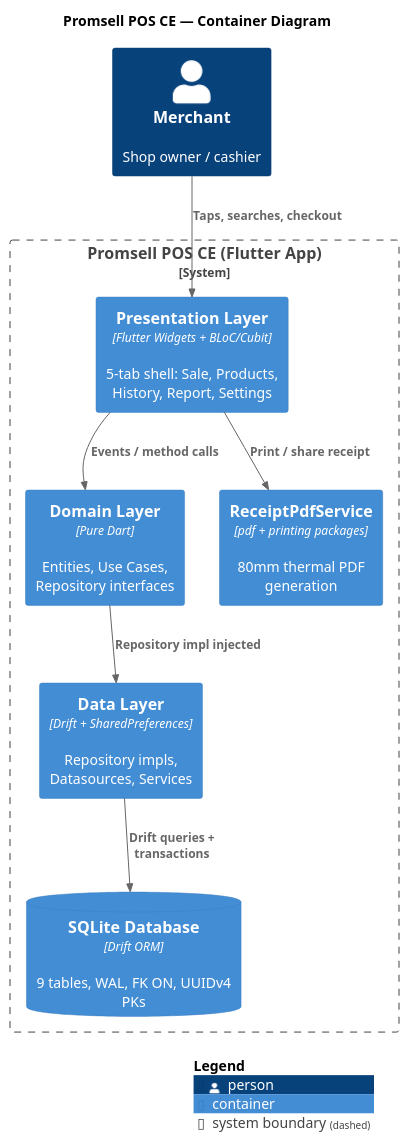
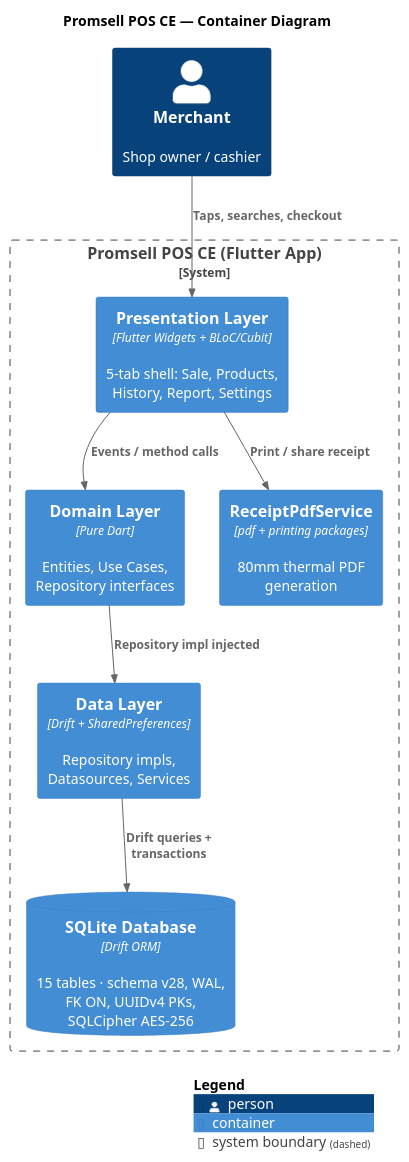
One commit to MN-Lizard-Team/promsell-pos-ce changed the diagram in docs/architecture/puml/c4-container.puml. Above: the diagram before and after it, drawn with PlantUML. The commit also changed 664 other files, not shown here.

```diff
--- a/docs/architecture/puml/c4-container.puml
+++ b/docs/architecture/puml/c4-container.puml
@@ -1,23 +1,23 @@
 @startuml C4_Container
 !include https://raw.githubusercontent.com/plantuml-stdlib/C4-PlantUML/master/C4_Container.puml
 
 title Promsell POS CE — Container Diagram
 
 Person(merchant, "Merchant", "Shop owner / cashier")
 
 System_Boundary(app, "Promsell POS CE (Flutter App)") {
     Container(ui, "Presentation Layer", "Flutter Widgets + BLoC/Cubit", "5-tab shell: Sale, Products, History, Report, Settings")
     Container(domain, "Domain Layer", "Pure Dart", "Entities, Use Cases, Repository interfaces")
     Container(data, "Data Layer", "Drift + SharedPreferences", "Repository impls, Datasources, Services")
-    ContainerDb(sqlite, "SQLite Database", "Drift ORM", "9 tables, WAL, FK ON, UUIDv4 PKs")
+    ContainerDb(sqlite, "SQLite Database", "Drift ORM", "15 tables · schema v28, WAL, FK ON, UUIDv4 PKs, SQLCipher AES-256")
     Container(pdf, "ReceiptPdfService", "pdf + printing packages", "80mm thermal PDF generation")
 }
 
 Rel(merchant, ui, "Taps, searches, checkout")
 Rel(ui, domain, "Events / method calls")
 Rel(domain, data, "Repository impl injected")
 Rel(data, sqlite, "Drift queries + transactions")
 Rel(ui, pdf, "Print / share receipt")
 
 SHOW_LEGEND()
 @enduml
```
